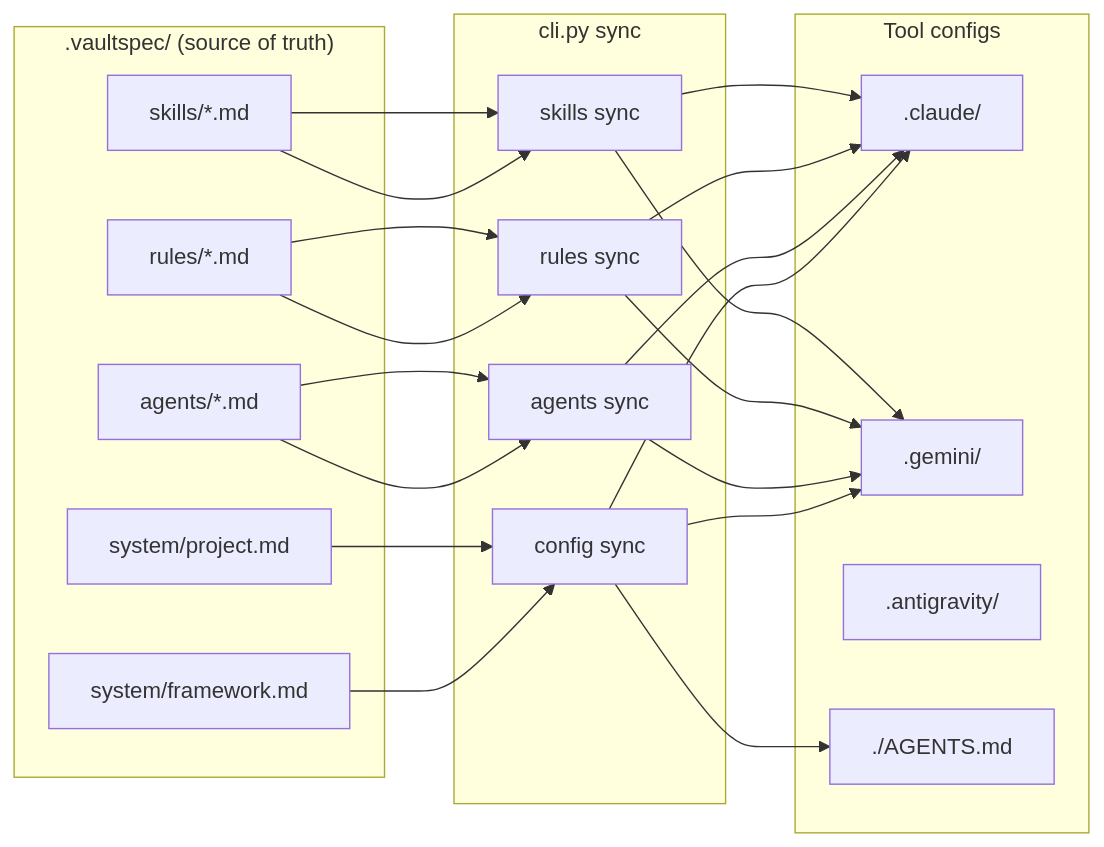
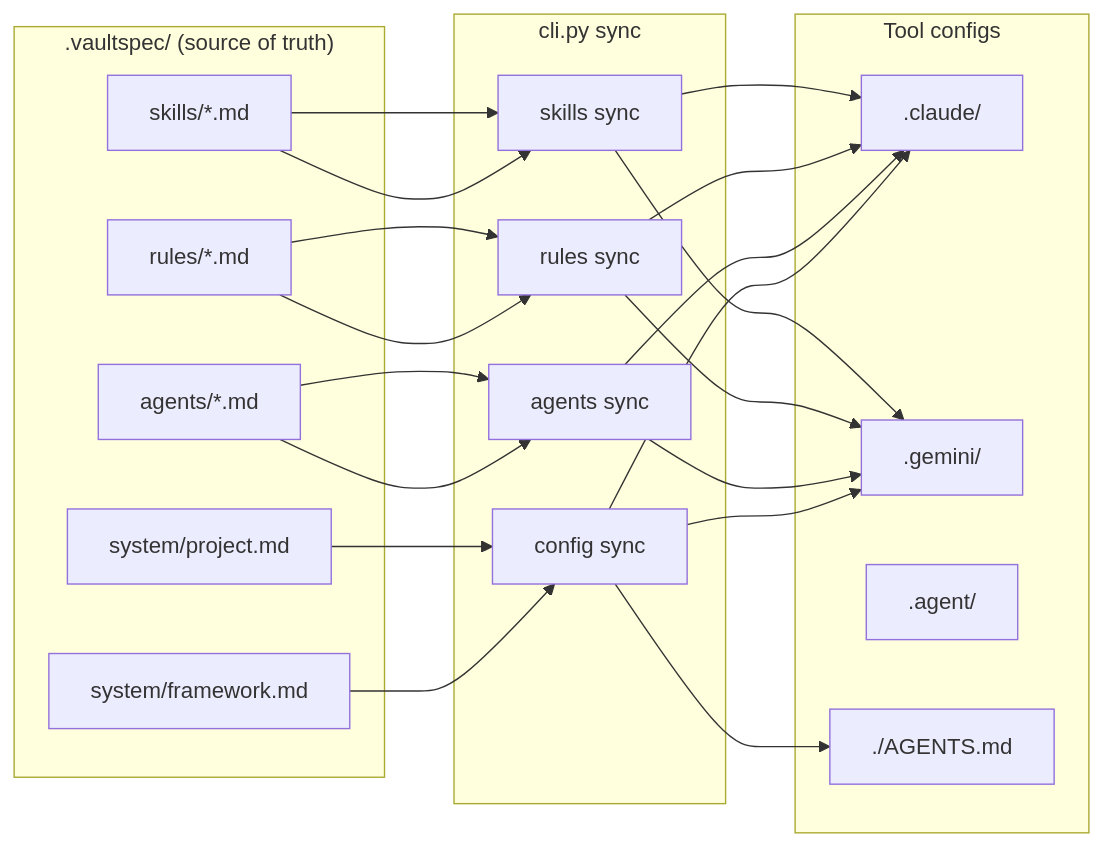
Before and after one commit to wgergely/vaultspec-core: the second of 3 diagrams in docs/concepts.md, drawn with Mermaid. The commit also changed other lines of this file and 12 other files, not shown here.

First line of the commit message:
chore: rename antigravity → agent, consolidate health audit summary

````diff
--- a/docs/concepts.md
+++ b/docs/concepts.md
@@ -177,37 +225,37 @@
 ```mermaid
 flowchart LR
     subgraph Source[".vaultspec/ (source of truth)"]
         FW["system/framework.md"]
         PR["system/project.md"]
         AG["agents/*.md"]
         RU["rules/*.md"]
         SK["skills/*.md"]
     end
 
     subgraph Transform["cli.py sync"]
         CS["config sync"]
         RS["rules sync"]
         AS["agents sync"]
         SS["skills sync"]
     end
 
     subgraph Destinations["Tool configs"]
         CL[".claude/"]
         GE[".gemini/"]
-        AN[".antigravity/"]
+        AN[".agent/"]
         RT["./AGENTS.md"]
     end
 
     FW --> CS
     PR --> CS
     CS --> CL
     CS --> GE
     CS --> RT
 
     AG --> AS --> CL
     AG --> AS --> GE
     RU --> RS --> CL
     RU --> RS --> GE
     SK --> SS --> CL
     SK --> SS --> GE
 ```
````
